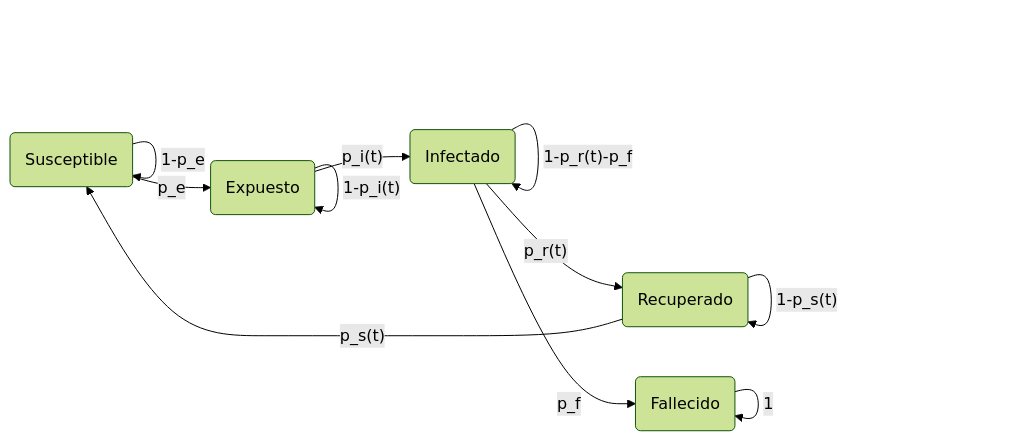
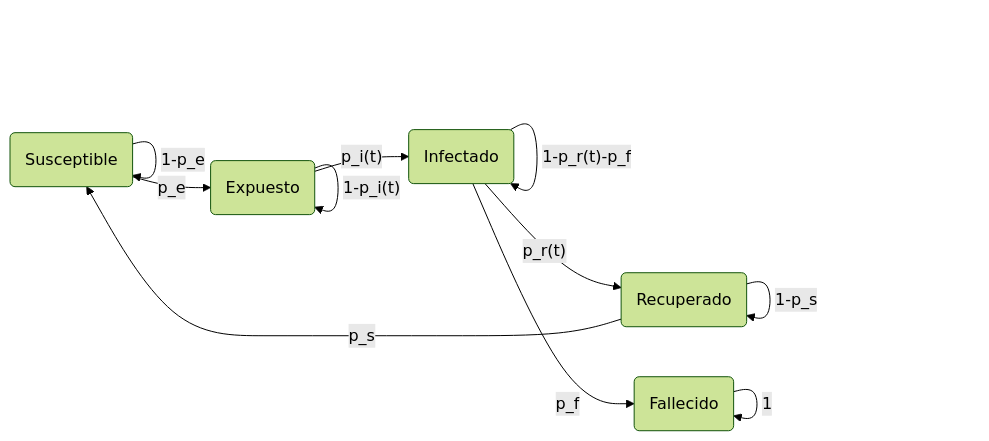
The second of 3 diagrams in README.md (jr2bg/covid19_SEIRSF), drawn with Mermaid (forest theme) before and after one commit. The commit also changed other lines of this file and 3 other files, not shown here.

````diff
--- a/README.md
+++ b/README.md
@@ -48,13 +47,13 @@
 ```mermaid
 graph LR
     S(Susceptible) --> |p_e|E(Expuesto)
     E --> |"p_i(t)"|I(Infectado)
     I --> |"p_r(t)"|R(Recuperado)
     I --> |p_f|F(Fallecido)
-    R --> |"p_s(t)"| S
+    R --> |"p_s"| S
     S --> |1-p_e|S
     E --> |"1-p_i(t)"|E
     I --> |"1-p_r(t)-p_f"|I
     F --> |1|F
-    R --> |"1-p_s(t)"|R
+    R --> |"1-p_s"|R
 ```
````
